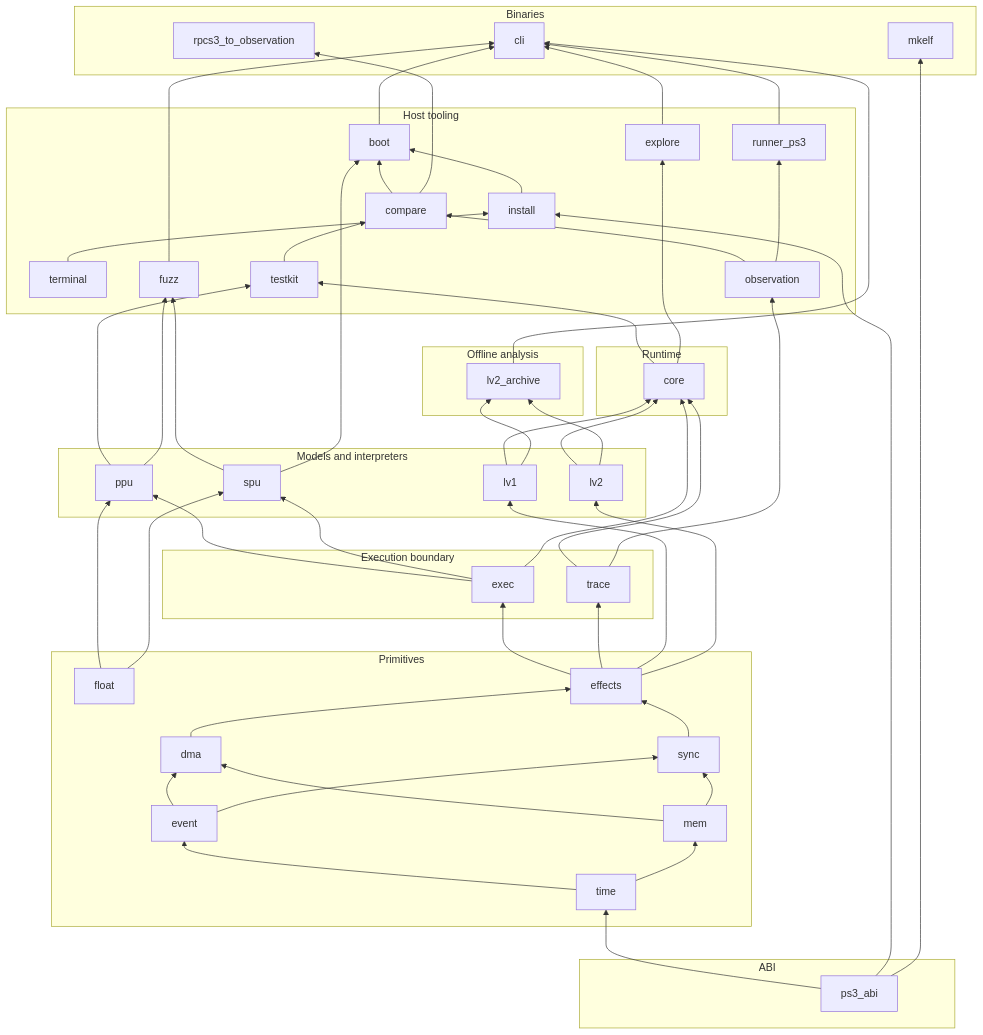
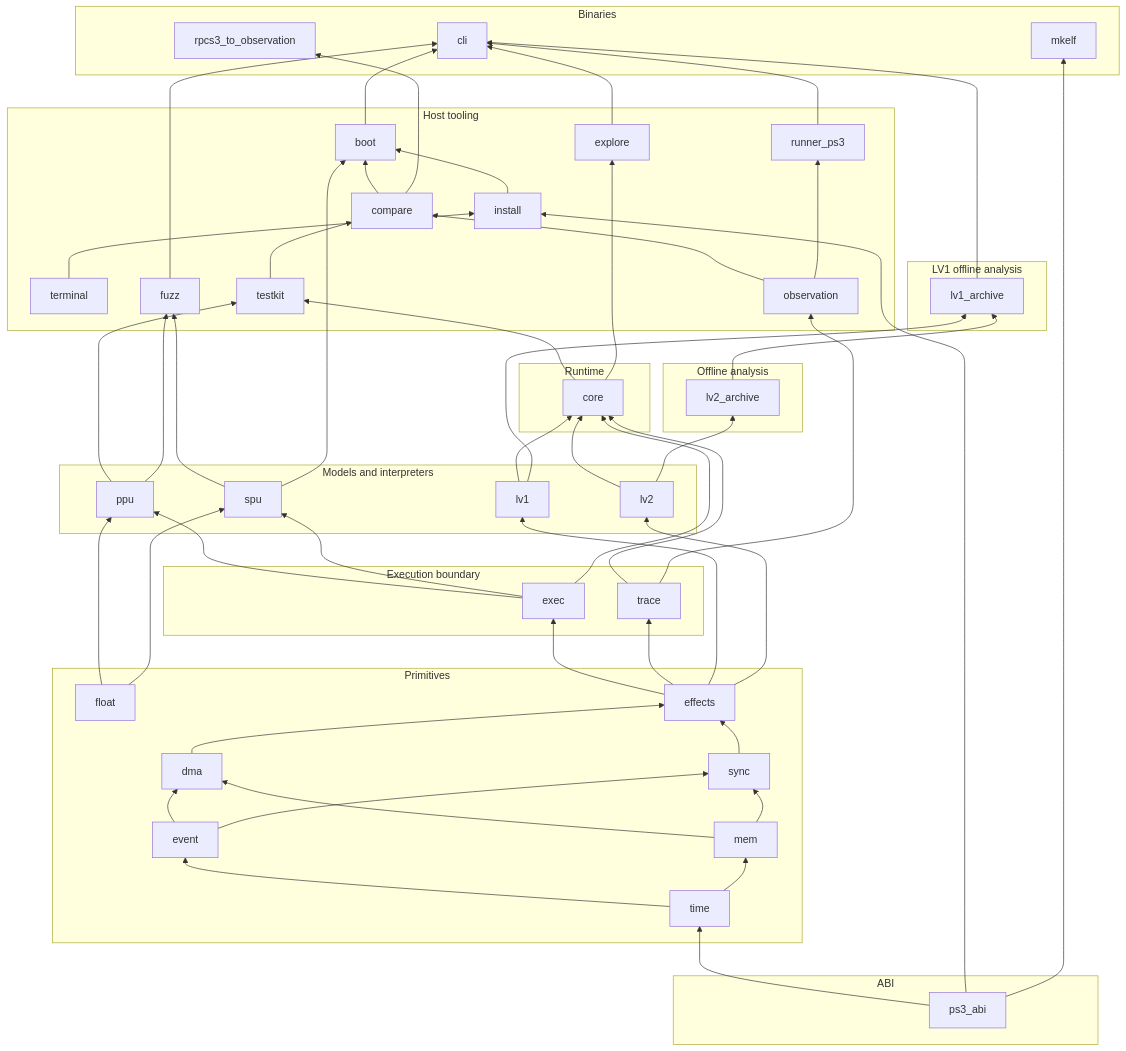
Before and after one commit to RoyalAce22/CellGov: the diagram in docs/architecture/workspace.md, drawn with Mermaid. The commit also changed other lines of this file and 51 other files, not shown here.

````diff
--- a/docs/architecture/workspace.md
+++ b/docs/architecture/workspace.md
@@ -11,72 +11,76 @@
 ```mermaid
 graph BT
   subgraph ABI
     ps3_abi
   end
   subgraph Primitives
     time; float; event; mem; dma; sync; effects
   end
   subgraph Execution boundary
     exec; trace
   end
   subgraph Models and interpreters
     lv1; lv2; ppu; spu
   end
   subgraph Runtime
     core
   end
   subgraph Offline analysis
     lv2_archive
+  end
+  subgraph LV1 offline analysis
+    lv1_archive
   end
   subgraph Host tooling
     terminal; testkit; observation; compare; explore; fuzz; install; runner_ps3; boot
   end
   subgraph Binaries
     cli; mkelf; rpcs3_to_observation
   end
 
   ps3_abi --> time
   time --> event
   time --> mem
   event --> dma
   mem --> dma
   event --> sync
   mem --> sync
   dma --> effects
   sync --> effects
   effects --> exec
   effects --> trace
   effects --> lv1
   effects --> lv2
   exec --> ppu
   float --> ppu
   exec --> spu
   float --> spu
   exec --> core
   lv1 --> core
   lv2 --> core
   trace --> core
-  lv1 --> lv2_archive
   lv2 --> lv2_archive
+  lv1 --> lv1_archive
+  lv2_archive --> lv1_archive
   core --> testkit
   ppu --> testkit
   trace --> observation
   observation --> compare
   testkit --> compare
   core --> explore
   ppu --> fuzz
   spu --> fuzz
   ps3_abi --> install
   terminal --> install
   observation --> runner_ps3
   compare --> boot
   install --> boot
   spu --> boot
   boot --> cli
   explore --> cli
   fuzz --> cli
-  lv2_archive --> cli
+  lv1_archive --> cli
   runner_ps3 --> cli
   ps3_abi --> mkelf
   compare --> rpcs3_to_observation
 ```
````
